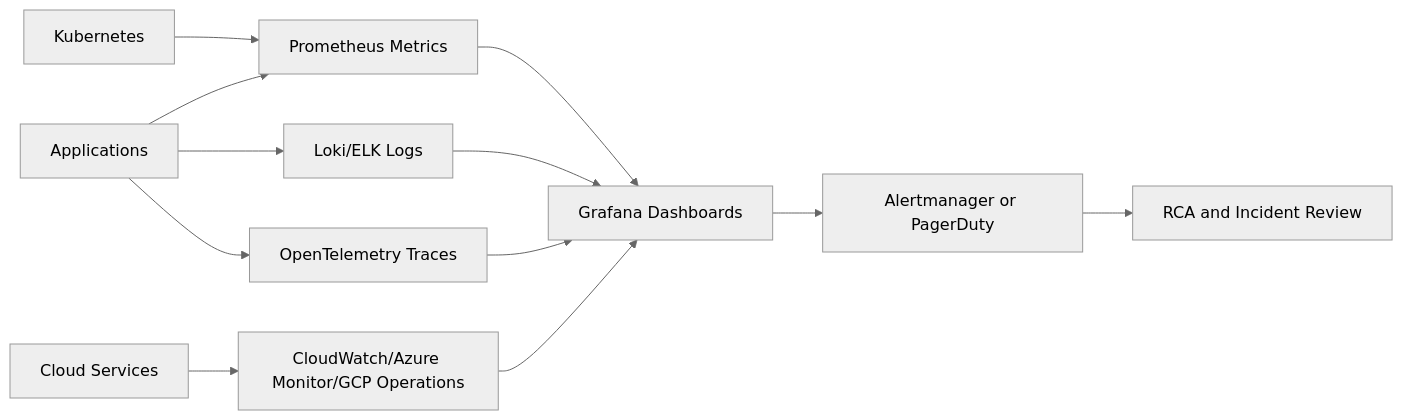
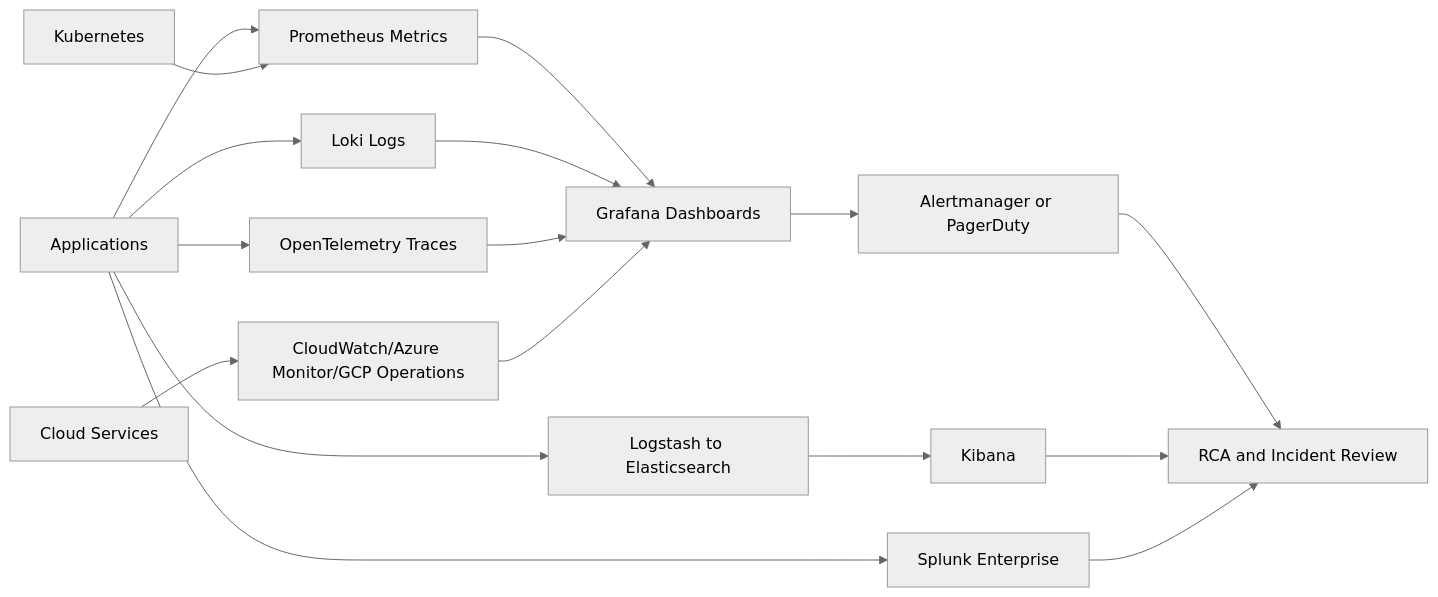
The seventh of 8 diagrams in docs/five-project-architecture-and-usecases.md (MIDHTECH/enterprise-architecture-docs), drawn with Mermaid (neutral theme) before and after one commit. The commit also changed other lines of this file and 19 other files, not shown here.

Commit message:
docs: reconcile current on-prem architecture

````diff
--- a/docs/five-project-architecture-and-usecases.md
+++ b/docs/five-project-architecture-and-usecases.md
@@ -250,14 +252,19 @@
 ```mermaid
 flowchart LR
     apps[Applications] --> metrics[Prometheus Metrics]
-    apps --> logs[Loki/ELK Logs]
+    apps --> logs[Loki Logs]
+    apps --> elastic[Logstash to Elasticsearch]
+    apps --> splunk[Splunk Enterprise]
     apps --> traces[OpenTelemetry Traces]
     k8s[Kubernetes] --> metrics
     cloud[Cloud Services] --> cloudmon[CloudWatch/Azure Monitor/GCP Operations]
     metrics --> grafana[Grafana Dashboards]
     logs --> grafana
+    elastic --> kibana[Kibana]
     traces --> grafana
     cloudmon --> grafana
     grafana --> alerts[Alertmanager or PagerDuty]
     alerts --> rca[RCA and Incident Review]
+    kibana --> rca
+    splunk --> rca
 ```
````
